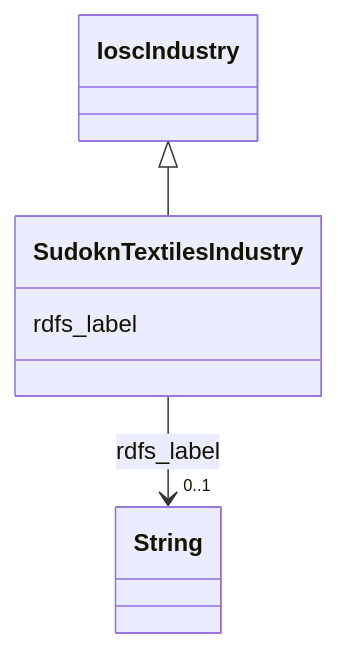
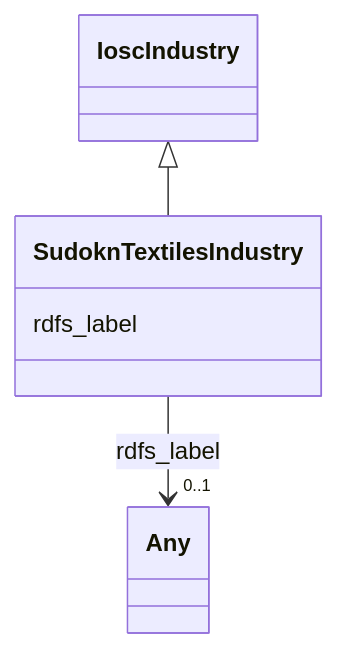
Before and after one commit to frink-okn/graph-descriptions: the diagram in sudokn-kg/classes/SudoknTextilesIndustry.md, drawn with Mermaid. The commit also changed other lines of this file and 903 other files, not shown here.

````diff
--- a/sudokn-kg/classes/SudoknTextilesIndustry.md
+++ b/sudokn-kg/classes/SudoknTextilesIndustry.md
@@ -23,18 +18,18 @@
 ```mermaid
  classDiagram
     class SudoknTextilesIndustry
     click SudoknTextilesIndustry href "../SudoknTextilesIndustry"
       IoscIndustry <|-- SudoknTextilesIndustry
         click IoscIndustry href "../IoscIndustry"
       
       SudoknTextilesIndustry : rdfs_label
         
           
     
     
-    SudoknTextilesIndustry --> "0..1" String : rdfs_label
-    click String href "../String"
+    SudoknTextilesIndustry --> "0..1" Any : rdfs_label
+    click Any href "../Any"
 
         
       
 ```
````
